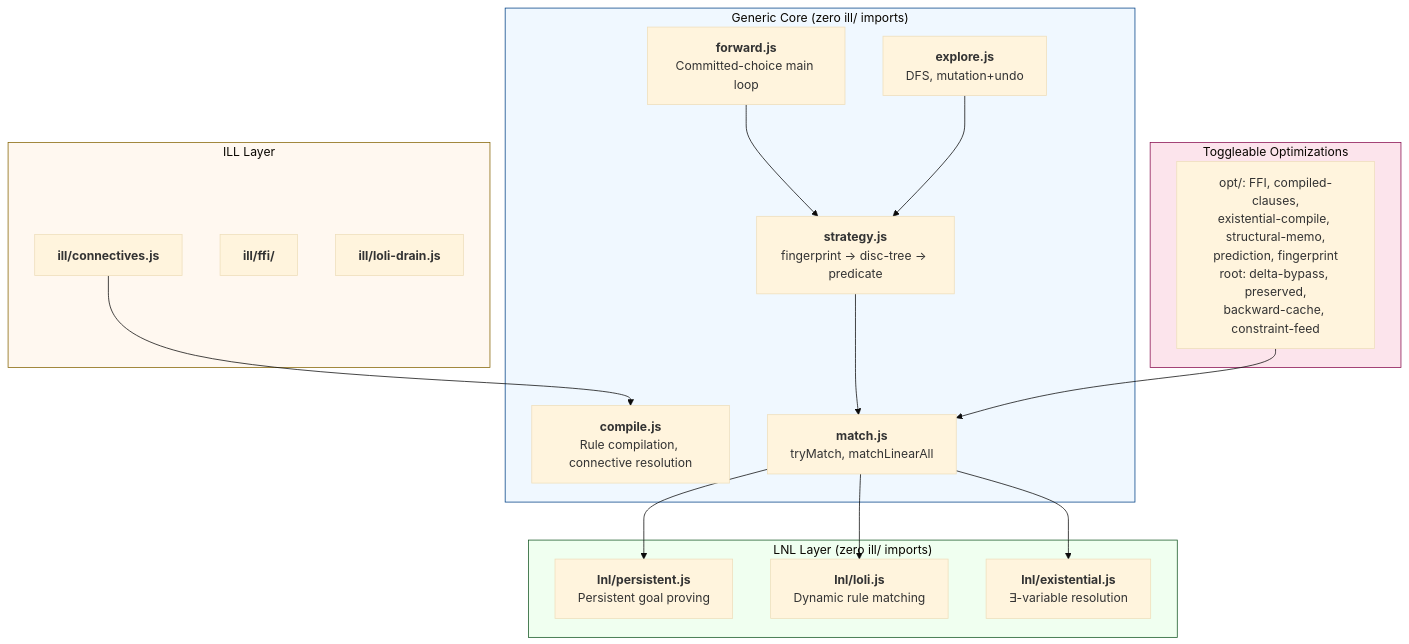
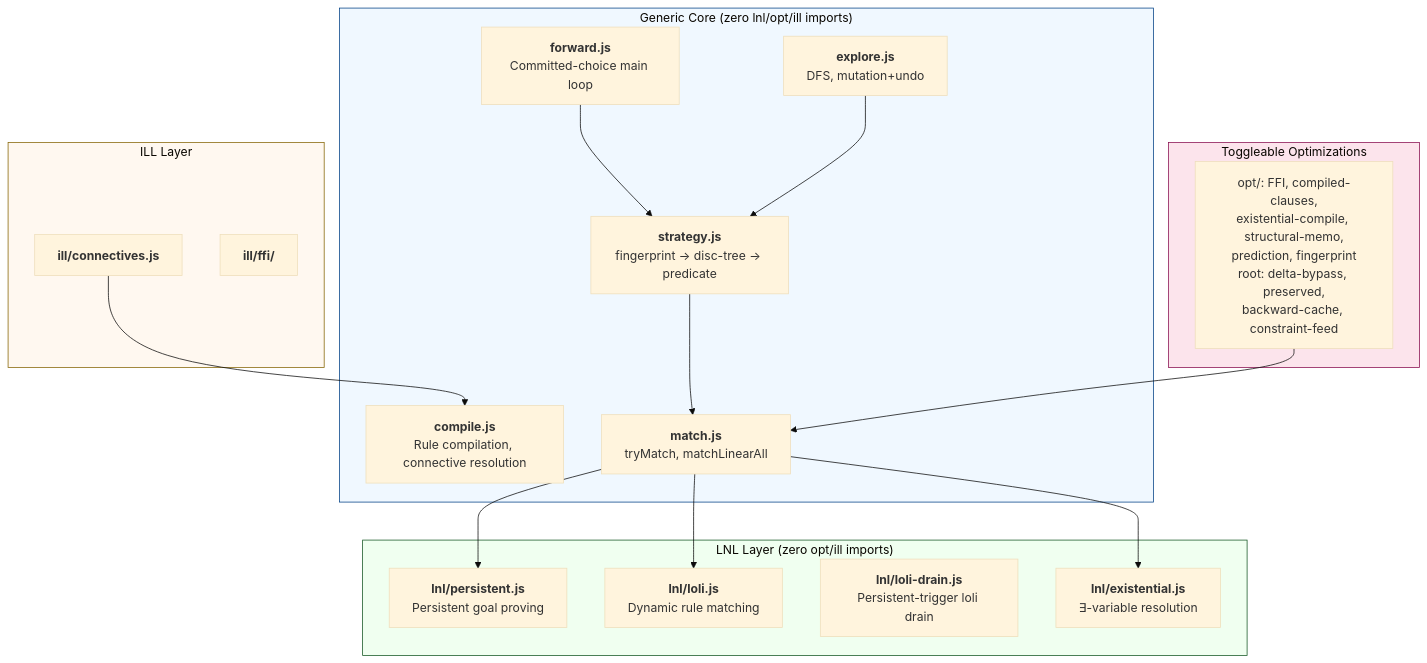
The second of 2 diagrams in doc/documentation/architecture.md (mhhf/calc), drawn with Mermaid (base theme) before and after one commit. The commit also changed other lines of this file and 60 other files, not shown here.

First line of the commit message:
refactor: complete forward engine layer isolation — zero cross-layer imports (TODO_0206)

````diff
--- a/doc/documentation/architecture.md
+++ b/doc/documentation/architecture.md
@@ -235,40 +235,40 @@
 ```mermaid
 graph TB
-    subgraph GenericCore["Generic Core (zero ill/ imports)"]
+    subgraph GenericCore["Generic Core (zero lnl/opt/ill imports)"]
         COMP["<b>compile.js</b><br/>Rule compilation, connective resolution"]
         MAT["<b>match.js</b><br/>tryMatch, matchLinearAll"]
         STRAT["<b>strategy.js</b><br/>fingerprint → disc-tree → predicate"]
         EXEC["<b>forward.js</b><br/>Committed-choice main loop"]
         EXP["<b>explore.js</b><br/>DFS, mutation+undo"]
     end
 
-    subgraph LNLLayer["LNL Layer (zero ill/ imports)"]
+    subgraph LNLLayer["LNL Layer (zero opt/ill imports)"]
         PERS["<b>lnl/persistent.js</b><br/>Persistent goal proving"]
         LOLI["<b>lnl/loli.js</b><br/>Dynamic rule matching"]
+        DRAIN["<b>lnl/loli-drain.js</b><br/>Persistent-trigger loli drain"]
         EXIS["<b>lnl/existential.js</b><br/>∃-variable resolution"]
     end
 
     subgraph ILLLayer["ILL Layer"]
         CONN["<b>ill/connectives.js</b>"]
         FFIL["<b>ill/ffi/</b>"]
-        DRAIN["<b>ill/loli-drain.js</b>"]
     end
 
     subgraph OptLayer["Toggleable Optimizations"]
         OPT["opt/: FFI, compiled-clauses,<br/>existential-compile, structural-memo,<br/>prediction, fingerprint<br/>root: delta-bypass, preserved,<br/>backward-cache, constraint-feed"]
     end
 
     STRAT --> MAT
     MAT --> PERS
     MAT --> LOLI
     MAT --> EXIS
     EXEC --> STRAT
     EXP --> STRAT
     CONN --> COMP
     OPT --> MAT
 
     style GenericCore fill:#f0f8ff,stroke:#004085
     style LNLLayer fill:#f0fff0,stroke:#155724
     style ILLLayer fill:#fff8f0,stroke:#856404
     style OptLayer fill:#fce4ec,stroke:#880e4f
 ```
````
